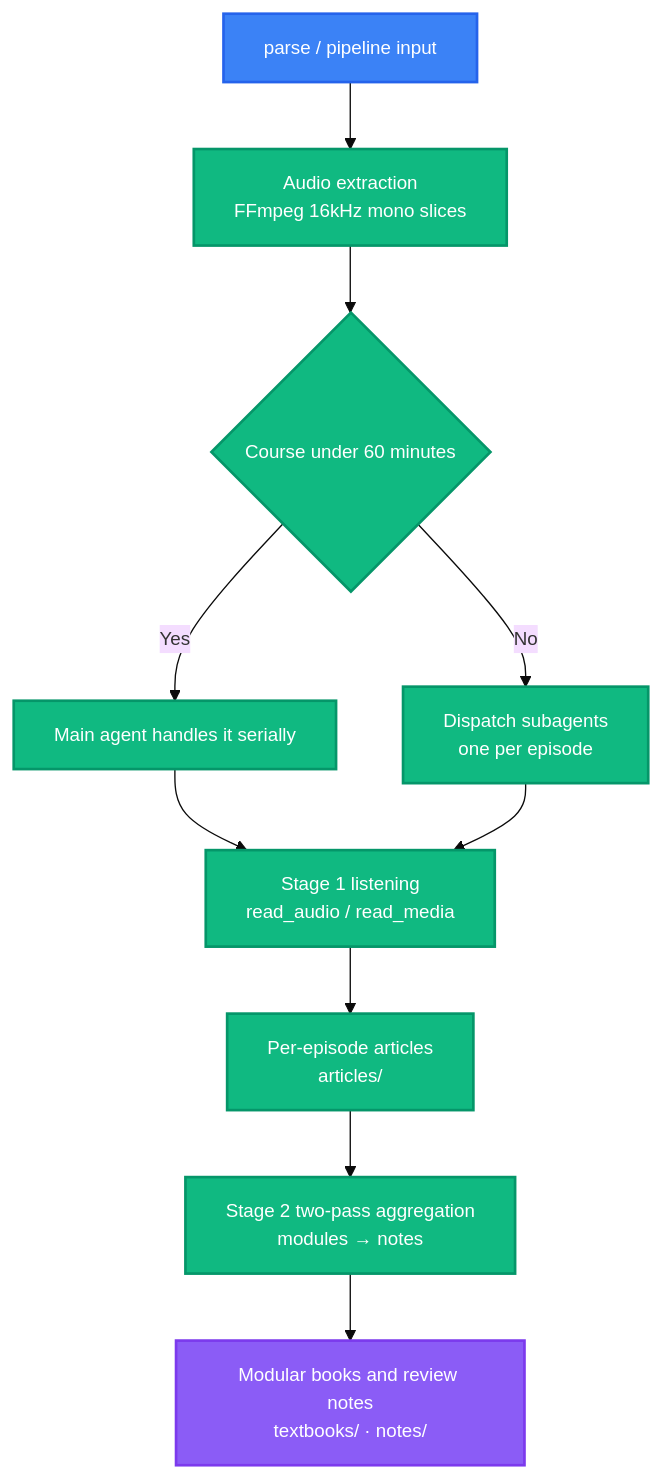
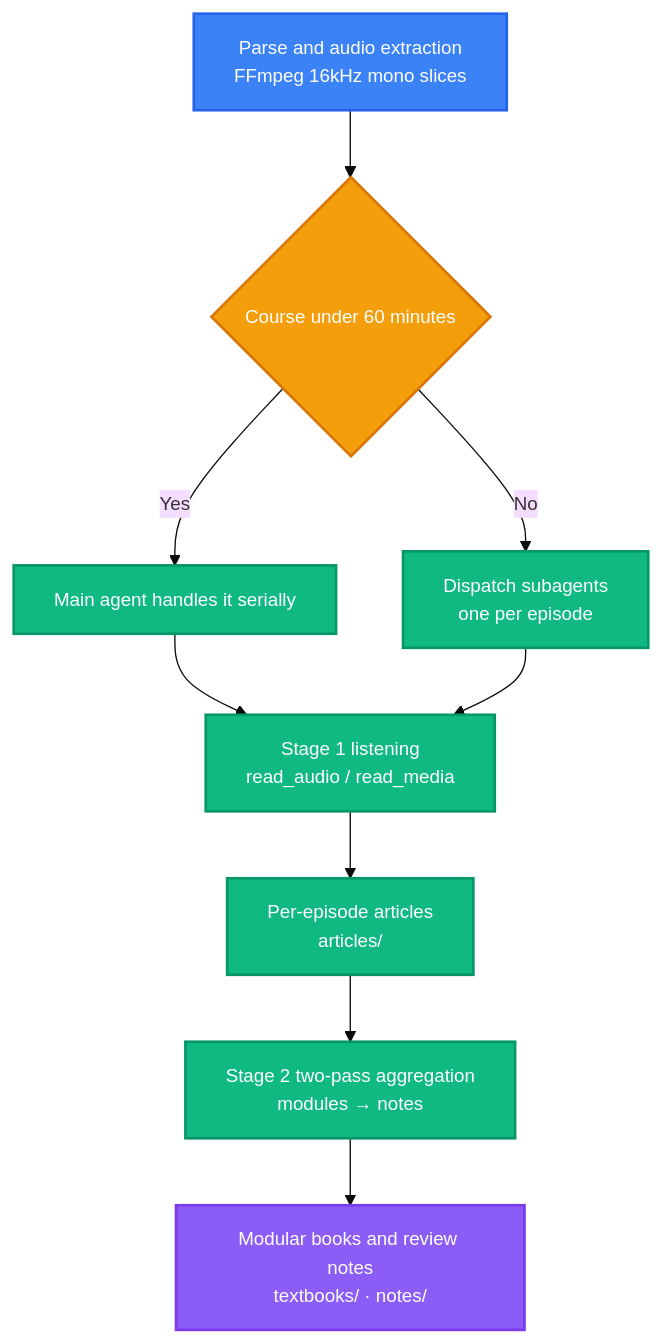
One commit to LINJIANG12/bili-video2book changed the diagram in README.en.md. Above: the diagram before and after it, drawn with Mermaid. The commit also changed other lines of this file and 1 other file, not shown here.

````diff
--- a/README.en.md
+++ b/README.en.md
@@ -169,22 +133,22 @@
 ```mermaid
 %%{init: {'theme': 'base', 'themeVariables': {'fontSize': '14px'}}}%%
 flowchart TD
-    A[parse / pipeline input] --> B[Audio extraction<br/>FFmpeg 16kHz mono slices]
-    B --> C{Course under 60 minutes}
-    C -->|Yes| D[Main agent handles it serially]
-    C -->|No| E[Dispatch subagents<br/>one per episode]
-    D --> F[Stage 1 listening<br/>read_audio / read_media]
-    E --> F
-    F --> G[Per-episode articles<br/>articles/]
-    G --> H[Stage 2 two-pass aggregation<br/>modules → notes]
-    H --> I[Modular books and review notes<br/>textbooks/ · notes/]
+    A[Parse and audio extraction<br/>FFmpeg 16kHz mono slices] --> B{Course under 60 minutes}
+    B -->|Yes| C[Main agent handles it serially]
+    B -->|No| D[Dispatch subagents<br/>one per episode]
+    C --> E[Stage 1 listening<br/>read_audio / read_media]
+    D --> E
+    E --> F[Per-episode articles<br/>articles/]
+    F --> G[Stage 2 two-pass aggregation<br/>modules → notes]
+    G --> H[Modular books and review notes<br/>textbooks/ · notes/]
 
     classDef start fill:#3B82F6,stroke:#2563EB,color:#fff,stroke-width:2px
     classDef process fill:#10B981,stroke:#059669,color:#fff,stroke-width:2px
     classDef decision fill:#F59E0B,stroke:#D97706,color:#fff,stroke-width:2px
     classDef data fill:#8B5CF6,stroke:#7C3AED,color:#fff,stroke-width:2px
 
     class A start
-    class B,C,D,E,F,G,H process
-    class I data
+    class C,D,E,F,G process
+    class B decision
+    class H data
 ```
````
